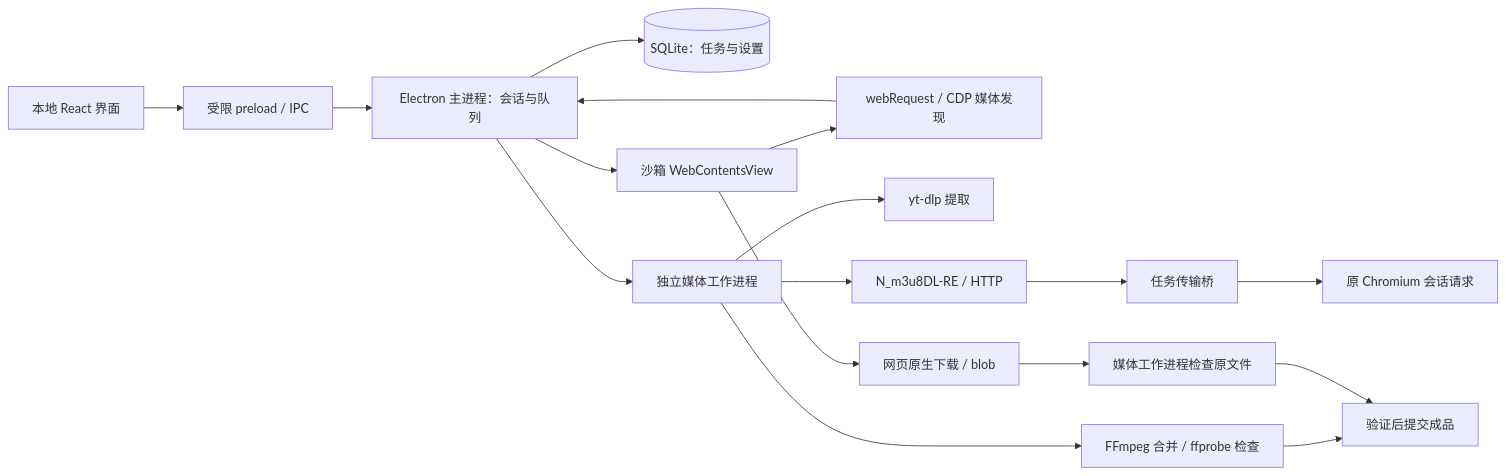
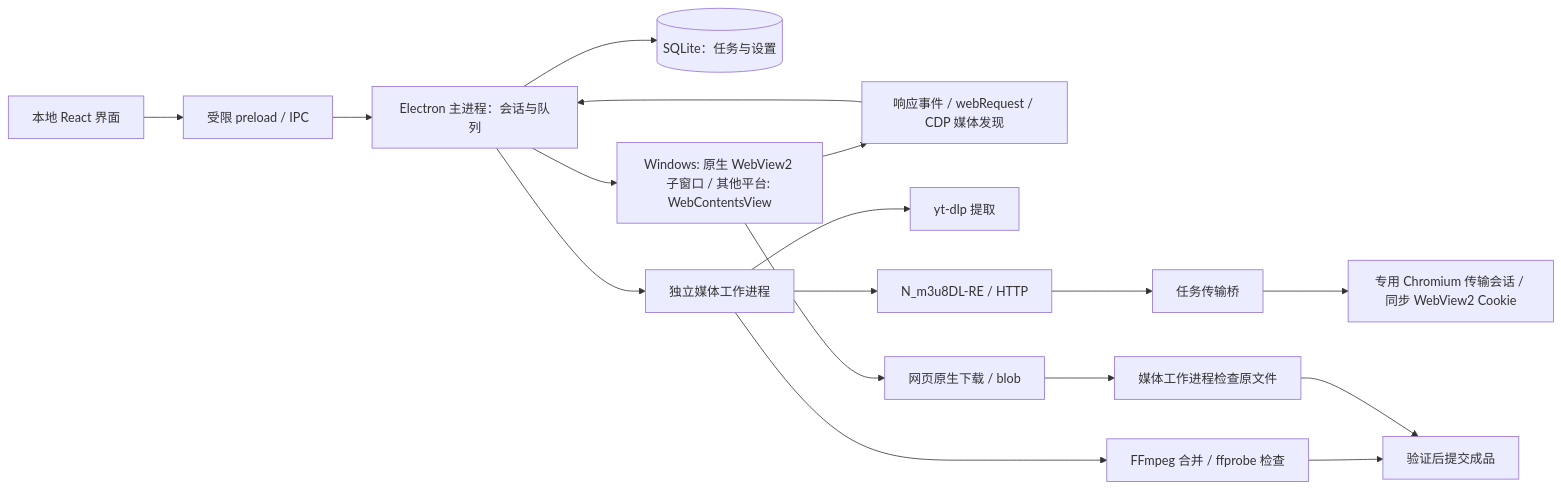
The diagram in docs/ARCHITECTURE.md (Jimmy-xuzimo/vidown), drawn with Mermaid before and after one commit. The commit also changed other lines of this file and 21 other files, not shown here.

````diff
--- a/docs/ARCHITECTURE.md
+++ b/docs/ARCHITECTURE.md
@@ -5,19 +5,19 @@
 ```mermaid
 flowchart LR
   UI[本地 React 界面] --> IPC[受限 preload / IPC]
   IPC --> Main[Electron 主进程：会话与队列]
   Main --> DB[(SQLite：任务与设置)]
-  Main --> Browser[沙箱 WebContentsView]
-  Browser --> Discovery[webRequest / CDP 媒体发现]
+  Main --> Browser[Windows: 原生 WebView2 子窗口 / 其他平台: WebContentsView]
+  Browser --> Discovery[响应事件 / webRequest / CDP 媒体发现]
   Discovery --> Main
   Main --> Worker[独立媒体工作进程]
   Worker --> Extractor[yt-dlp 提取]
   Worker --> Protocol[N_m3u8DL-RE / HTTP]
   Protocol --> Bridge[任务传输桥]
-  Bridge --> Session[原 Chromium 会话请求]
+  Bridge --> Session[专用 Chromium 传输会话 / 同步 WebView2 Cookie]
   Worker --> FF[FFmpeg 合并 / ffprobe 检查]
   FF --> File[验证后提交成品]
   Browser --> WebSave[网页原生下载 / blob]
   WebSave --> Check[媒体工作进程检查原文件]
   Check --> File
 ```
````
